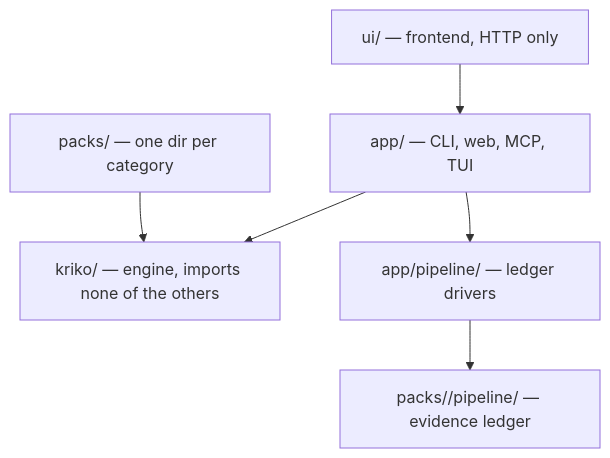
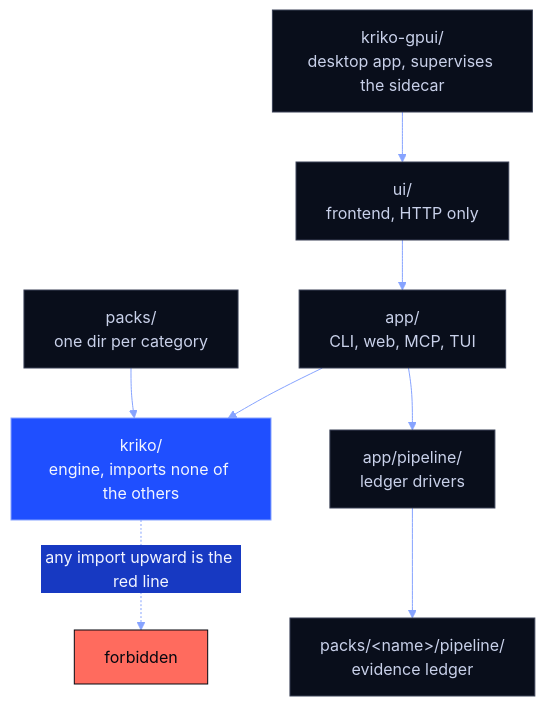
One commit to Berbadov/kriko changed the first of 2 diagrams in docs/ARCHITECTURE.md. Above: the diagram before and after it, drawn with Mermaid. The commit also changed other lines of this file and 21 other files, not shown here.

````diff
--- a/docs/ARCHITECTURE.md
+++ b/docs/ARCHITECTURE.md
@@ -20,8 +16,19 @@
 ```mermaid
+%%{init: {"theme":"base","themeVariables":{"fontFamily":"ui-monospace, SFMono-Regular, Consolas, monospace","primaryColor":"#090E1B","primaryTextColor":"#F2F5FF","primaryBorderColor":"#1F4FFF","lineColor":"#86A3FF","secondaryColor":"#1739C2","tertiaryColor":"#080B16","noteBkgColor":"#BFE4FF","noteTextColor":"#05070F","actorBkg":"#090E1B","actorTextColor":"#F2F5FF","actorBorder":"#1F4FFF","signalColor":"#86A3FF","signalTextColor":"#86A3FF"}}}%%
 flowchart TD
-    UI["ui/ — frontend, HTTP only"] --> APP["app/ — CLI, web, MCP, TUI"]
-    APP --> K["kriko/ — engine, imports none of the others"]
-    PACKS["packs/ — one dir per category"] --> K
-    APP --> PL["app/pipeline/ — ledger drivers"]
-    PL --> PP["packs/<name>/pipeline/ — evidence ledger"]
+    GPUI["kriko-gpui/<br/>desktop app, supervises the sidecar"] --> UI
+    UI["ui/<br/>frontend, HTTP only"] --> APP
+    APP["app/<br/>CLI, web, MCP, TUI"] --> K
+    PACKS["packs/<br/>one dir per category"] --> K
+    APP --> PL["app/pipeline/<br/>ledger drivers"]
+    PL --> PP["packs/#lt;name#gt;/pipeline/<br/>evidence ledger"]
+    K["kriko/<br/>engine, imports none of the others"]
+    K -. "any import upward is the red line" .-> BAD["forbidden"]
+
+    classDef brand  fill:#1F4FFF,stroke:#86A3FF,color:#F2F5FF
+    classDef plain  fill:#090E1B,stroke:#3A4156,color:#C9D1EA
+    classDef danger fill:#FF6B5E,stroke:#05070F,color:#05070F
+    class K brand
+    class GPUI,UI,APP,PACKS,PL,PP plain
+    class BAD danger
 ```
````
